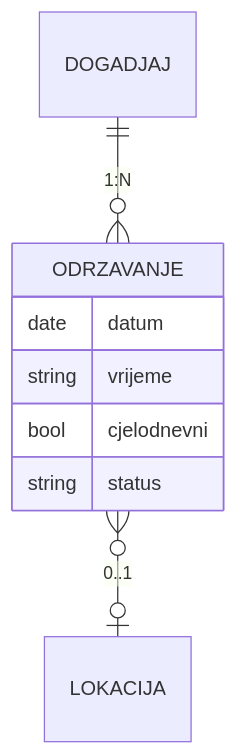
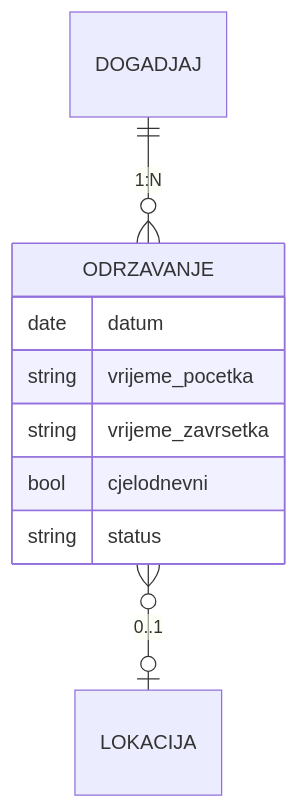
Before and after one commit to GoranOpK/digital.kotor.me: the sixth of 6 diagrams in docs/technical-specifications/Technical-Specification_Odrzavanje.md, drawn with Mermaid. The commit also changed other lines of this file and 1 other file, not shown here.

````diff
--- a/docs/technical-specifications/Technical-Specification_Odrzavanje.md
+++ b/docs/technical-specifications/Technical-Specification_Odrzavanje.md
@@ -497,11 +549,12 @@
 ```mermaid
 erDiagram
   DOGADJAJ ||--o{ ODRZAVANJE : "1:N"
   ODRZAVANJE }o--o| LOKACIJA : "0..1"
   ODRZAVANJE {
     date datum
-    string vrijeme
+    string vrijeme_pocetka
+    string vrijeme_zavrsetka
     bool cjelodnevni
     string status
   }
 ```
````
